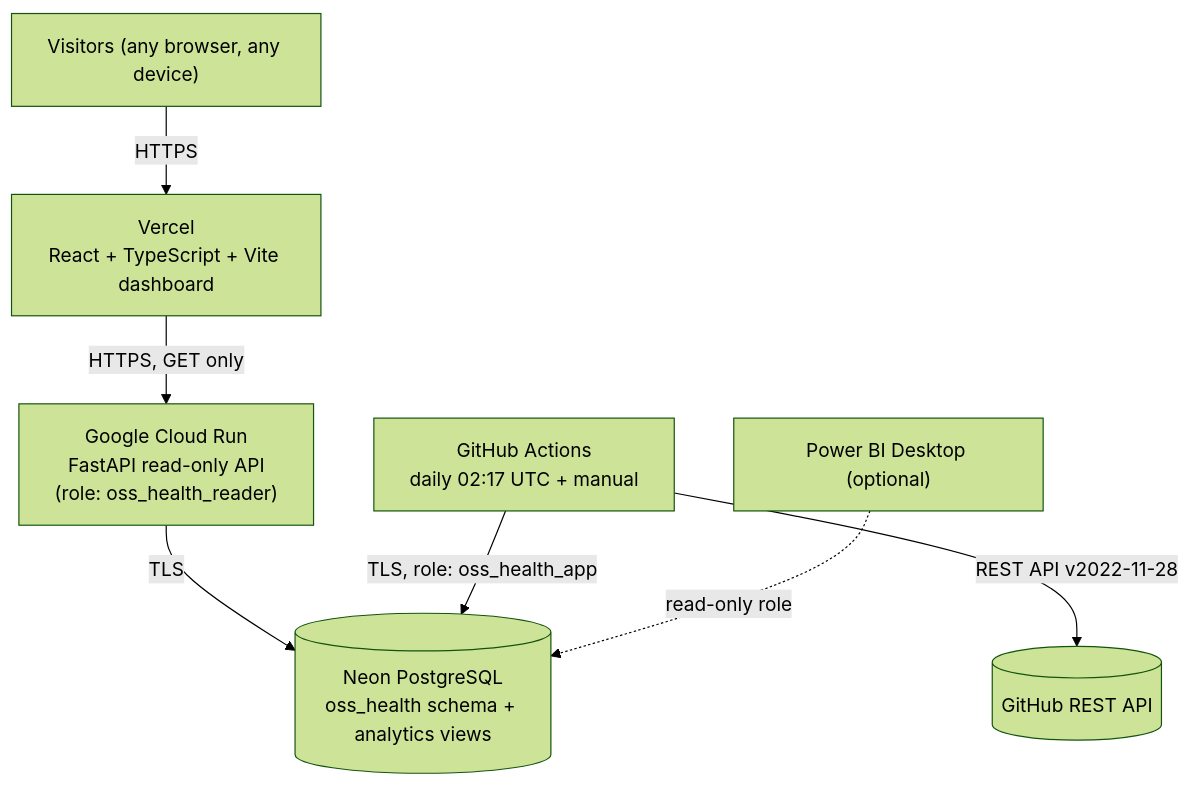
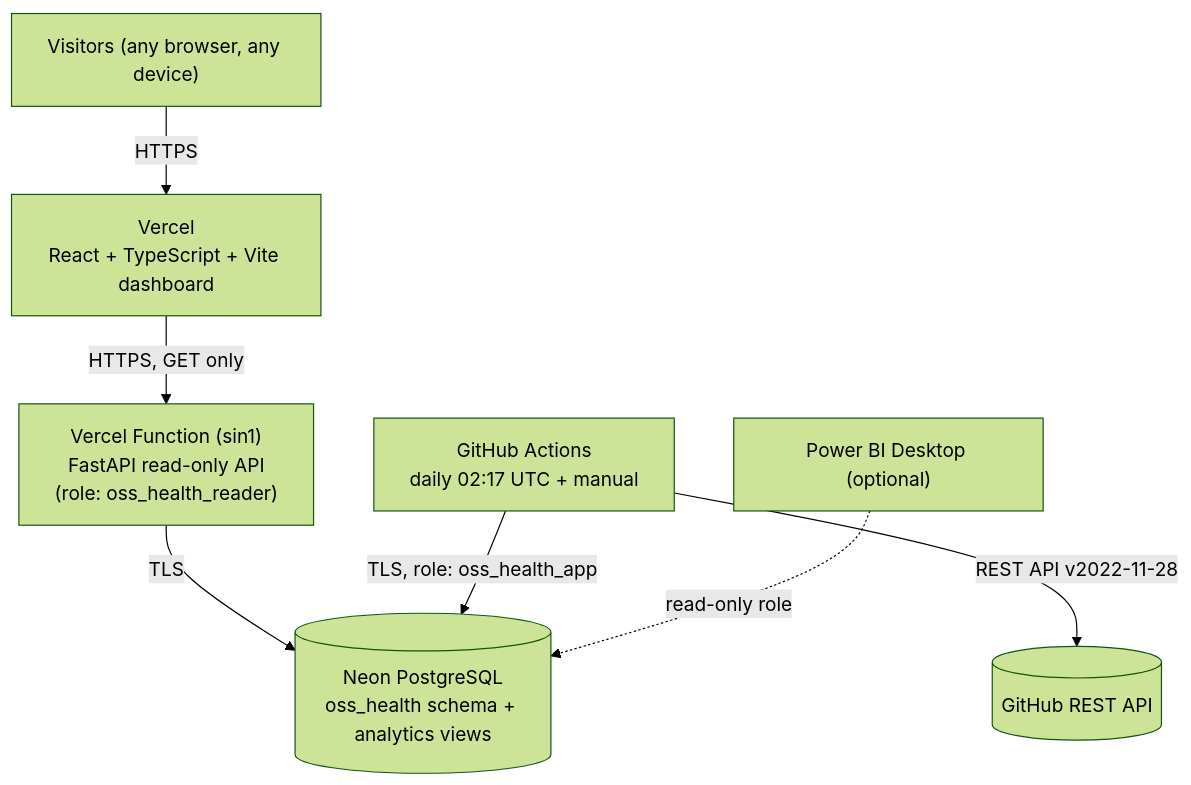
Before and after one commit to parammeet83/open-source-project-health-analytics: the diagram in README.md, drawn with Mermaid (forest theme). The commit also changed other lines of this file and 30 other files, not shown here.

First line of the commit message:
Deploy on Vercel Hobby: FastAPI function + dashboard; retire Cloud Run

````diff
--- a/README.md
+++ b/README.md
@@ -20,9 +20,9 @@
 ```mermaid
 flowchart TB
     V["Visitors (any browser, any device)"] -->|HTTPS| FE["Vercel<br/>React + TypeScript + Vite dashboard"]
-    FE -->|"HTTPS, GET only"| API["Google Cloud Run<br/>FastAPI read-only API<br/>(role: oss_health_reader)"]
+    FE -->|"HTTPS, GET only"| API["Vercel Function (sin1)<br/>FastAPI read-only API<br/>(role: oss_health_reader)"]
     API -->|TLS| DB[("Neon PostgreSQL<br/>oss_health schema + analytics views")]
     GHA["GitHub Actions<br/>daily 02:17 UTC + manual"] -->|"TLS, role: oss_health_app"| DB
     GHA -->|"REST API v2022-11-28"| GH[("GitHub REST API")]
     PBI["Power BI Desktop (optional)"] -.->|"read-only role"| DB
 ```
````
